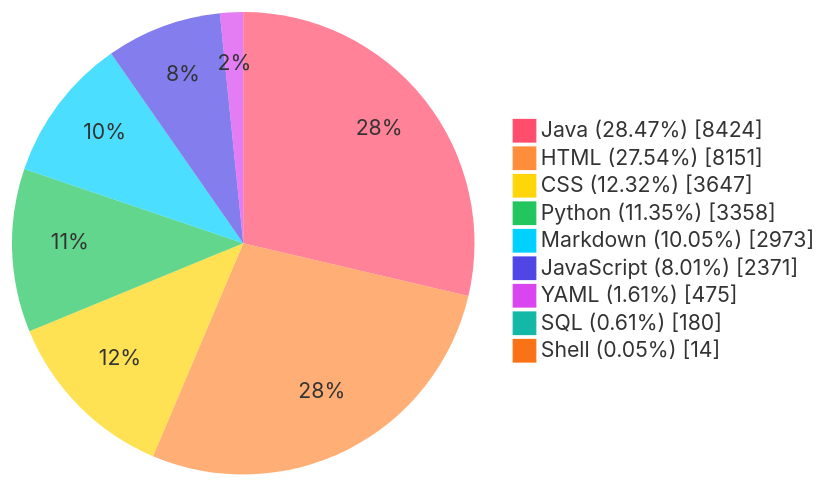
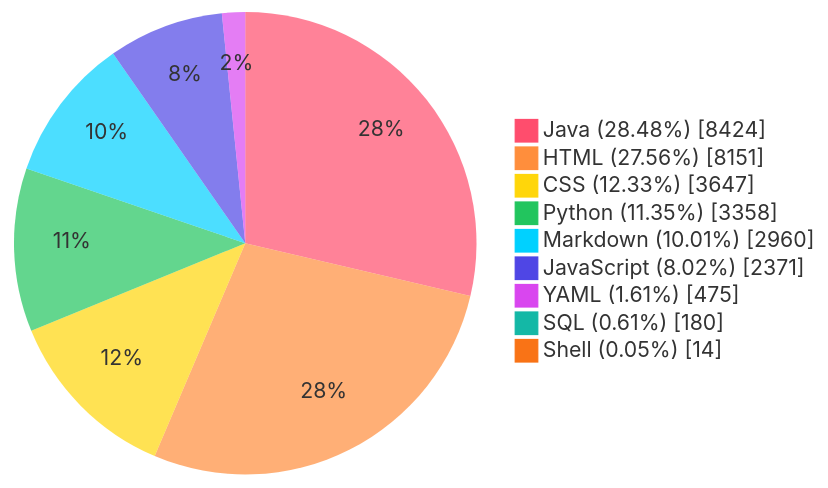
The diagram in README.md (TheBadRoger/BUCT-Teaching-Aids), drawn with Mermaid before and after one commit. The commit also changed other lines of this file and 2 other files, not shown here.

Commit message:
chore(stats): auto update README metrics

````diff
--- a/README.md
+++ b/README.md
@@ -40,28 +40,28 @@
 ```mermaid
 %%{init: {'theme':'base','themeVariables': {
   'fontFamily': 'Fira Code, JetBrains Mono, Source Code Pro, Cascadia Code, Menlo, Consolas, monospace',
   'pieStrokeColor': 'transparent',
   'pieStrokeWidth': '0px',
   'pieOuterStrokeWidth': '0px',
   'pie1': '#FF4D6D',
   'pie2': '#FF8E3C',
   'pie3': '#FFD60A',
   'pie4': '#22C55E',
   'pie5': '#00D1FF',
   'pie6': '#4F46E5',
   'pie7': '#D946EF',
   'pie8': '#14B8A6',
   'pie9': '#F97316',
   'pie10': '#A855F7'
 }}}%%
 pie showData
-    "Java (28.47%)" : 8424
-    "HTML (27.54%)" : 8151
-    "CSS (12.32%)" : 3647
+    "Java (28.48%)" : 8424
+    "HTML (27.56%)" : 8151
+    "CSS (12.33%)" : 3647
     "Python (11.35%)" : 3358
-    "Markdown (10.05%)" : 2973
-    "JavaScript (8.01%)" : 2371
+    "Markdown (10.01%)" : 2960
+    "JavaScript (8.02%)" : 2371
     "YAML (1.61%)" : 475
     "SQL (0.61%)" : 180
     "Shell (0.05%)" : 14
 ```
````
